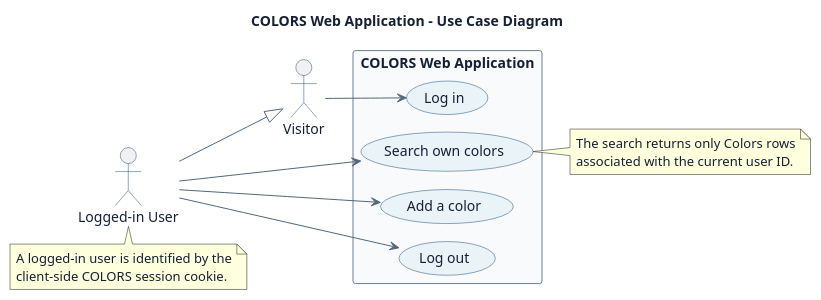
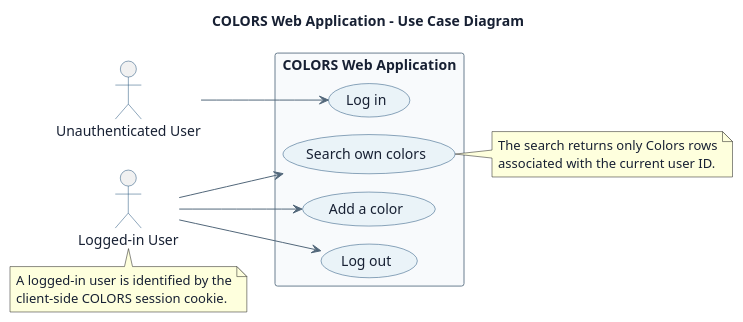
One commit to ChrisH0125/colors-lamp changed the diagram in docs/uml/usecase.puml. Above: the diagram before and after it, drawn with PlantUML. The commit also changed 5 other files, not shown here.

Commit message:
docs: add COLORS class diagram and UML guide

```diff
--- a/docs/uml/usecase.puml
+++ b/docs/uml/usecase.puml
@@ -1,52 +1,50 @@
 @startuml
 title COLORS Web Application - Use Case Diagram
 
 !pragma layout smetana
 left to right direction
 
 skinparam backgroundColor #FFFFFF
 skinparam defaultFontName Helvetica
 skinparam defaultFontColor #172033
 skinparam shadowing false
 skinparam actor {
   BorderColor #1F4E79
   FontColor #172033
 }
 skinparam usecase {
   BackgroundColor #EAF3F8
   BorderColor #1F4E79
   ArrowColor #52677A
 }
 skinparam rectangle {
   BackgroundColor #F8FAFC
   BorderColor #6B7F90
 }
 
-actor Visitor
+actor "Unauthenticated User" as Visitor
 actor "Logged-in User" as LoggedInUser
-
-LoggedInUser --|> Visitor
 
 rectangle "COLORS Web Application" {
   usecase "Log in" as UC_Login
   usecase "Search own colors" as UC_Search
   usecase "Add a color" as UC_Add
   usecase "Log out" as UC_Logout
 }
 
 Visitor --> UC_Login
 LoggedInUser --> UC_Search
 LoggedInUser --> UC_Add
 LoggedInUser --> UC_Logout
 
 note bottom of LoggedInUser
   A logged-in user is identified by the
   client-side COLORS session cookie.
 end note
 
 note right of UC_Search
   The search returns only Colors rows
   associated with the current user ID.
 end note
 
 @enduml
```
